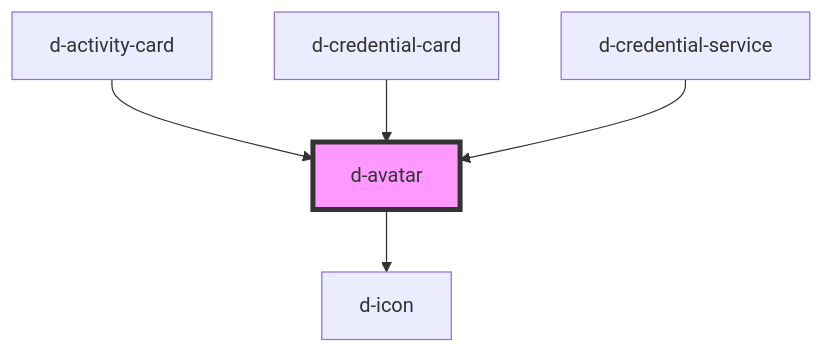
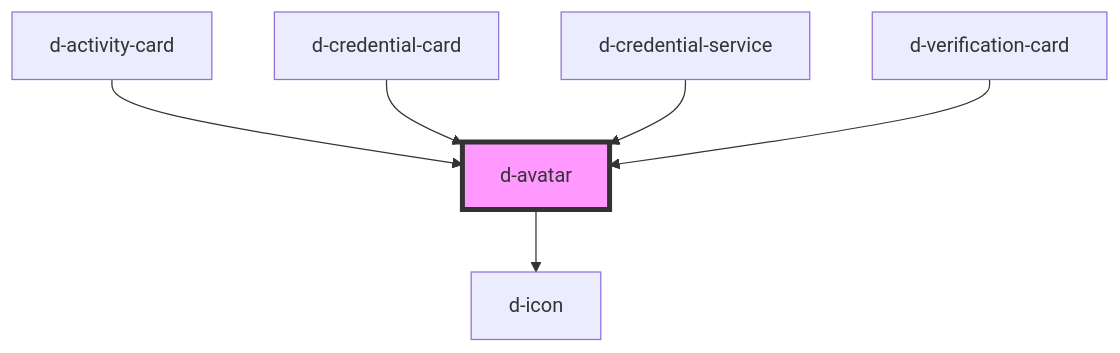
Before and after one commit to ForkbombEu/didroom-components: the diagram in src/components/avatar/readme.md, drawn with Mermaid. The commit also changed other lines of this file and 20 other files, not shown here.

First line of the commit message:
feat: verification card (#162)

````diff
--- a/src/components/avatar/readme.md
+++ b/src/components/avatar/readme.md
@@ -31,8 +32,9 @@
 ```mermaid
 graph TD;
   d-avatar --> d-icon
   d-activity-card --> d-avatar
   d-credential-card --> d-avatar
   d-credential-service --> d-avatar
+  d-verification-card --> d-avatar
   style d-avatar fill:#f9f,stroke:#333,stroke-width:4px
 ```
````
